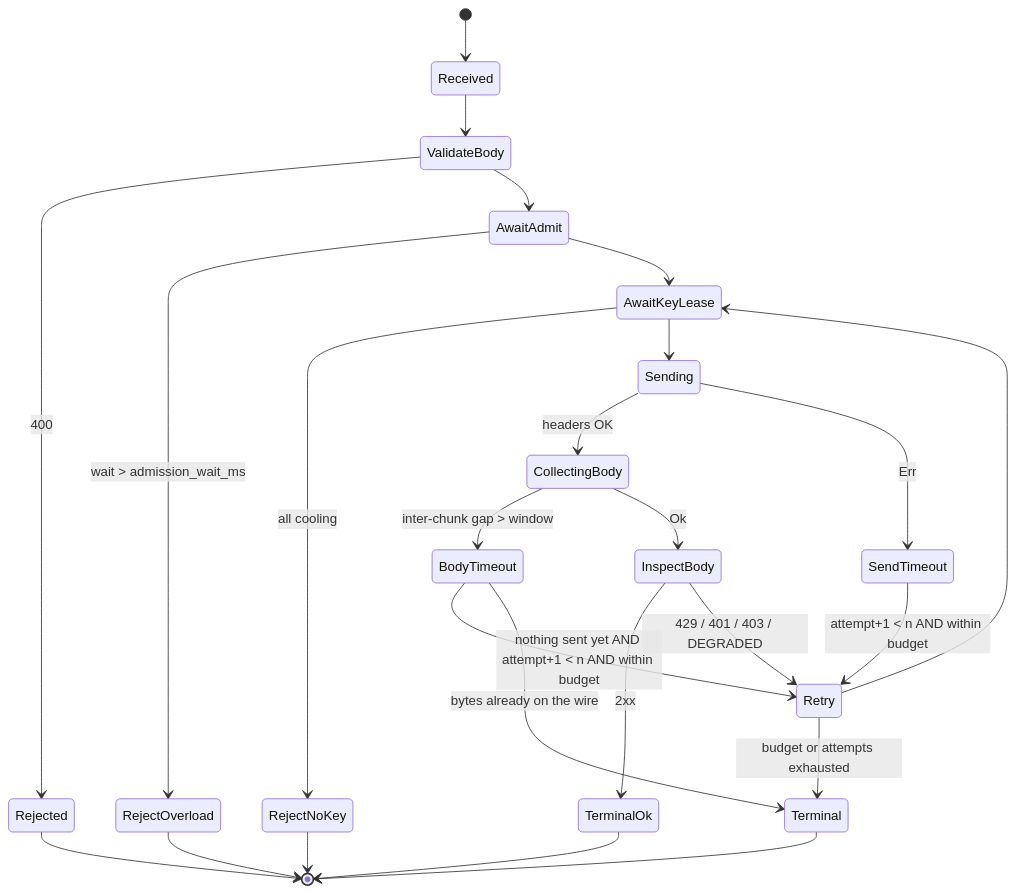
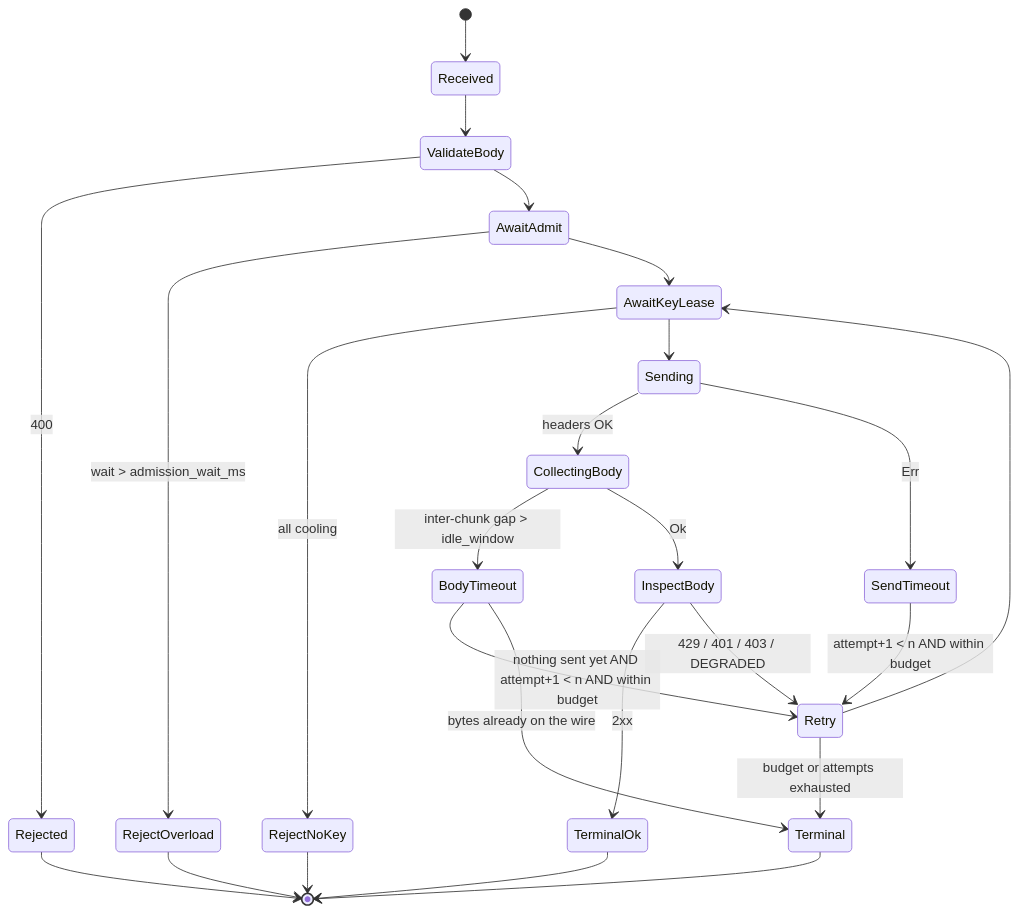
One commit to dirmacs/nimakai changed the second of 2 diagrams in nimaproxy/docs/FORMAL-DESIGN.md. Above: the diagram before and after it, drawn with Mermaid. The commit also changed other lines of this file and 13 other files, not shown here.

First line of the commit message:
feat(nimaproxy): split mid-stream idle window from first-byte rail

````diff
--- a/nimaproxy/docs/FORMAL-DESIGN.md
+++ b/nimaproxy/docs/FORMAL-DESIGN.md
@@ -131,27 +131,27 @@
 ```mermaid
 stateDiagram-v2
     [*] --> Received
     Received --> ValidateBody
     ValidateBody --> Rejected : 400
     ValidateBody --> AwaitAdmit
     AwaitAdmit --> RejectOverload : wait > admission_wait_ms
     AwaitAdmit --> AwaitKeyLease
     AwaitKeyLease --> RejectNoKey : all cooling
     AwaitKeyLease --> Sending
     Sending --> CollectingBody : headers OK
     Sending --> SendTimeout : Err
-    CollectingBody --> BodyTimeout : inter-chunk gap > window
+    CollectingBody --> BodyTimeout : inter-chunk gap > idle_window
     CollectingBody --> InspectBody : Ok
     InspectBody --> TerminalOk : 2xx
     InspectBody --> Retry : 429 / 401 / 403 / DEGRADED
     SendTimeout --> Retry : attempt+1 < n AND within budget
     BodyTimeout --> Retry : nothing sent yet AND attempt+1 < n AND within budget
     BodyTimeout --> Terminal : bytes already on the wire
     Retry --> AwaitKeyLease
     Retry --> Terminal : budget or attempts exhausted
     TerminalOk --> [*]
     RejectOverload --> [*]
     RejectNoKey --> [*]
     Rejected --> [*]
     Terminal --> [*]
 ```
````
